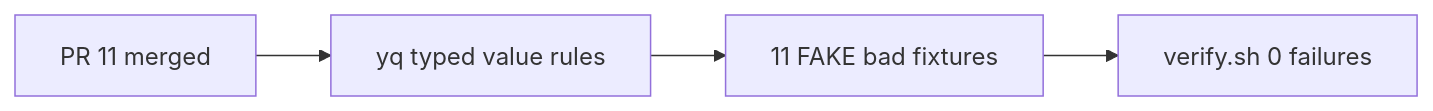
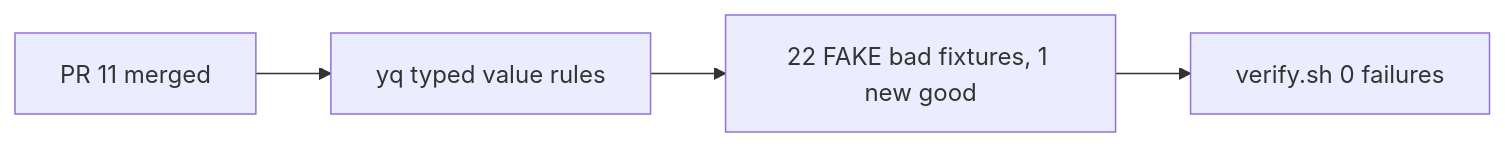
One commit to svennijhuis/agentic-workflows changed the second of 2 diagrams in docs/pbi/smoke/SM01a.md. Above: the diagram before and after it, drawn with Mermaid. The commit also changed other lines of this file and 3 other files, not shown here.

````diff
--- a/docs/pbi/smoke/SM01a.md
+++ b/docs/pbi/smoke/SM01a.md
@@ -90,6 +104,6 @@
 ```mermaid
 flowchart LR
   A[PR 11 merged] --> B[yq typed value rules]
-  B --> C[11 FAKE bad fixtures]
+  B --> C[22 FAKE bad fixtures, 1 new good]
   C --> D[verify.sh 0 failures]
 ```
````
